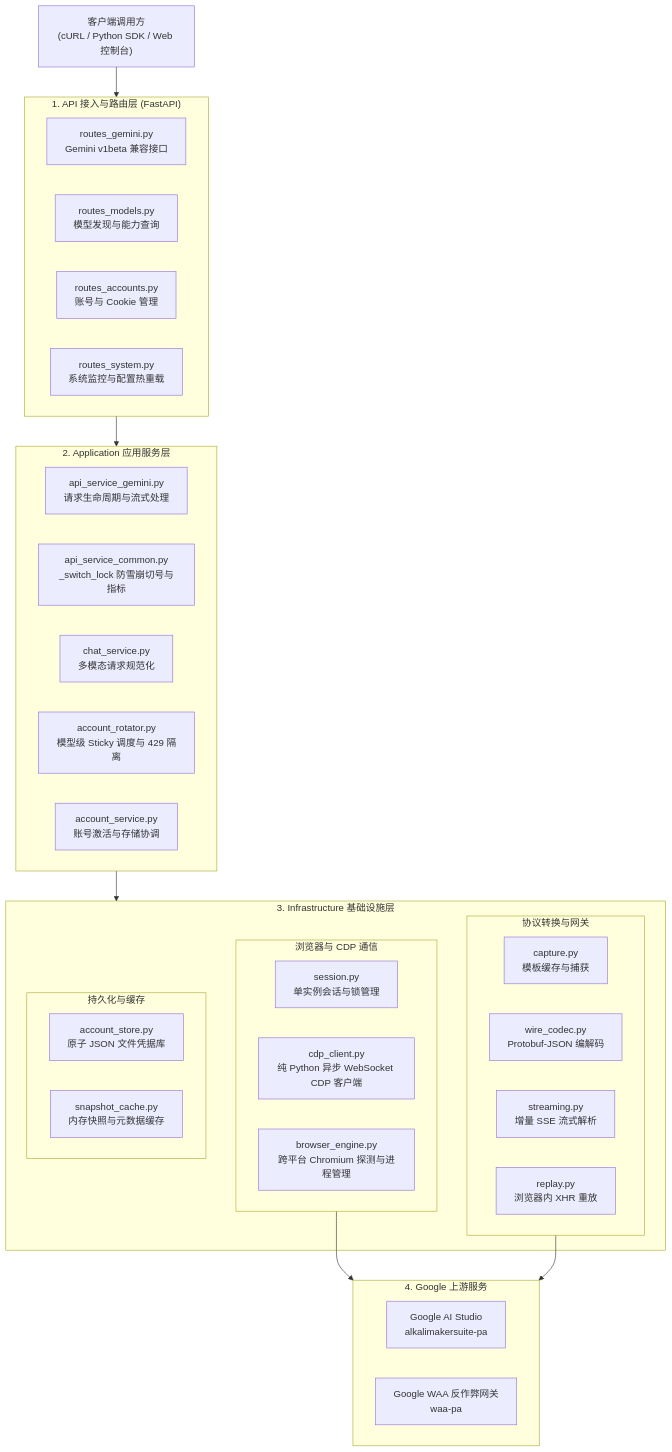
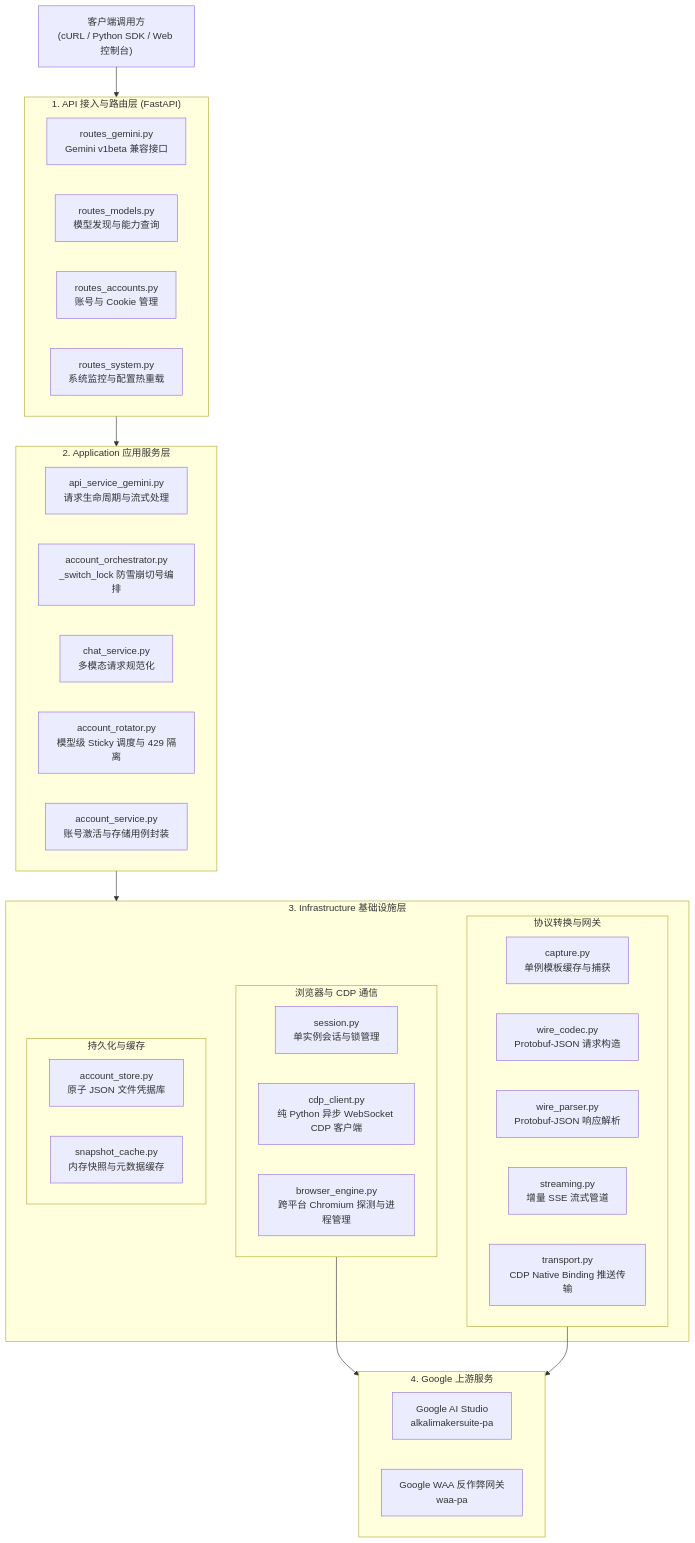
Before and after one commit to DeconstructedCube/aistudio-api: the first of 2 diagrams in docs/ARCHITECTURE.md, drawn with Mermaid. The commit also changed other lines of this file and 31 other files, not shown here.

````diff
--- a/docs/ARCHITECTURE.md
+++ b/docs/ARCHITECTURE.md
@@ -21,50 +21,50 @@
 ```mermaid
 flowchart TD
     Client["客户端调用方<br/>(cURL / Python SDK / Web 控制台)"]
 
     subgraph APILayer ["1. API 接入与路由层 (FastAPI)"]
         RoutesGemini["routes_gemini.py<br/>Gemini v1beta 兼容接口"]
         RoutesModels["routes_models.py<br/>模型发现与能力查询"]
         RoutesAccounts["routes_accounts.py<br/>账号与 Cookie 管理"]
         RoutesSystem["routes_system.py<br/>系统监控与配置热重载"]
     end
 
     subgraph AppLayer ["2. Application 应用服务层"]
         APISvc["api_service_gemini.py<br/>请求生命周期与流式处理"]
-        CommonSvc["api_service_common.py<br/>_switch_lock 防雪崩切号与指标"]
+        Orchestrator["account_orchestrator.py<br/>_switch_lock 防雪崩切号编排"]
         ChatSvc["chat_service.py<br/>多模态请求规范化"]
         AccountRotator["account_rotator.py<br/>模型级 Sticky 调度与 429 隔离"]
-        AccountSvc["account_service.py<br/>账号激活与存储协调"]
+        AccountSvc["account_service.py<br/>账号激活与存储用例封装"]
     end
 
     subgraph InfraLayer ["3. Infrastructure 基础设施层"]
         subgraph GatewaySub ["协议转换与网关"]
-            CaptureSvc["capture.py<br/>模板缓存与捕获"]
-            WireCodec["wire_codec.py<br/>Protobuf-JSON 编解码"]
-            StreamingGateway["streaming.py<br/>增量 SSE 流式解析"]
-            ReplaySvc["replay.py<br/>浏览器内 XHR 重放"]
+            CaptureSvc["capture.py<br/>单例模板缓存与捕获"]
+            WireCodec["wire_codec.py<br/>Protobuf-JSON 请求构造"]
+            WireParser["wire_parser.py<br/>Protobuf-JSON 响应解析"]
+            StreamingGateway["streaming.py<br/>增量 SSE 流式管道"]
+            Transport["transport.py<br/>CDP Native Binding 推送传输"]
         end
-
         subgraph BrowserSub ["浏览器与 CDP 通信"]
             BrowserSession["session.py<br/>单实例会话与锁管理"]
             CDPClient["cdp_client.py<br/>纯 Python 异步 WebSocket CDP 客户端"]
             BrowserEngine["browser_engine.py<br/>跨平台 Chromium 探测与进程管理"]
         end
 
         subgraph StorageSub ["持久化与缓存"]
             AccountStore["account_store.py<br/>原子 JSON 文件凭据库"]
             SnapshotCache["snapshot_cache.py<br/>内存快照与元数据缓存"]
         end
     end
 
     subgraph Upstream ["4. Google 上游服务"]
         AIStudio["Google AI Studio<br/>alkalimakersuite-pa"]
         Waa["Google WAA 反作弊网关<br/>waa-pa"]
     end
 
     Client --> APILayer
     APILayer --> AppLayer
     AppLayer --> InfraLayer
     BrowserSub --> Upstream
     GatewaySub --> Upstream
 ```
````
